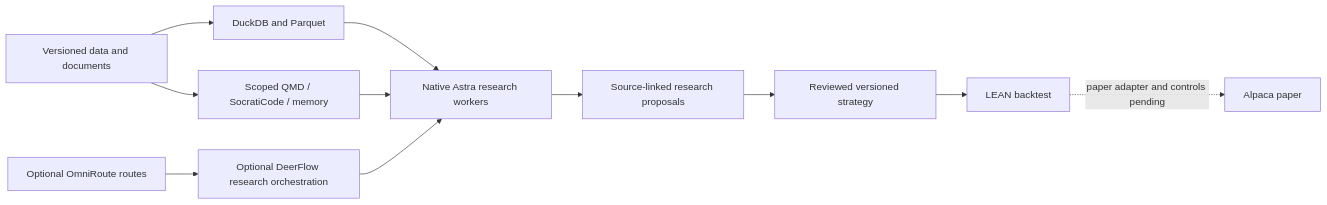
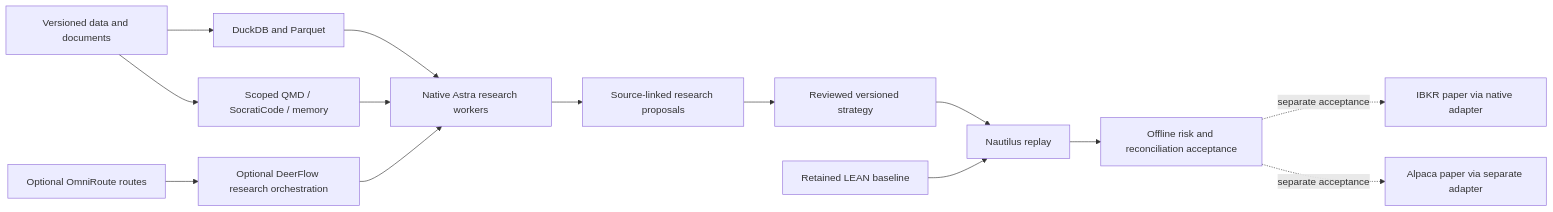
Before and after one commit to seathatflowsinourveins/native-agent-stack: the diagram in blueprints/us-equities/README.md, drawn with Mermaid. The commit also changed other lines of this file and 7 other files, not shown here.

Commit message:
Align trading entry points and define staged Nautilus acceptance

````diff
--- a/blueprints/us-equities/README.md
+++ b/blueprints/us-equities/README.md
@@ -10,13 +16,16 @@
 ```mermaid
 flowchart LR
   D[Versioned data and documents] --> Q[DuckDB and Parquet]
   D --> R[Scoped QMD / SocratiCode / memory]
   Q --> W[Native Astra research workers]
   R --> W
   W --> P[Source-linked research proposals]
   F[Optional DeerFlow research orchestration] --> W
   G[Optional OmniRoute routes] --> F
   P --> V[Reviewed versioned strategy]
-  V --> L[LEAN backtest]
-  L -. paper adapter and controls pending .-> A[Alpaca paper]
+  V --> N[Nautilus replay]
+  L[Retained LEAN baseline] --> N
+  N --> C[Offline risk and reconciliation acceptance]
+  C -. separate acceptance .-> I[IBKR paper via native adapter]
+  C -. separate acceptance .-> A[Alpaca paper via separate adapter]
 ```
````
